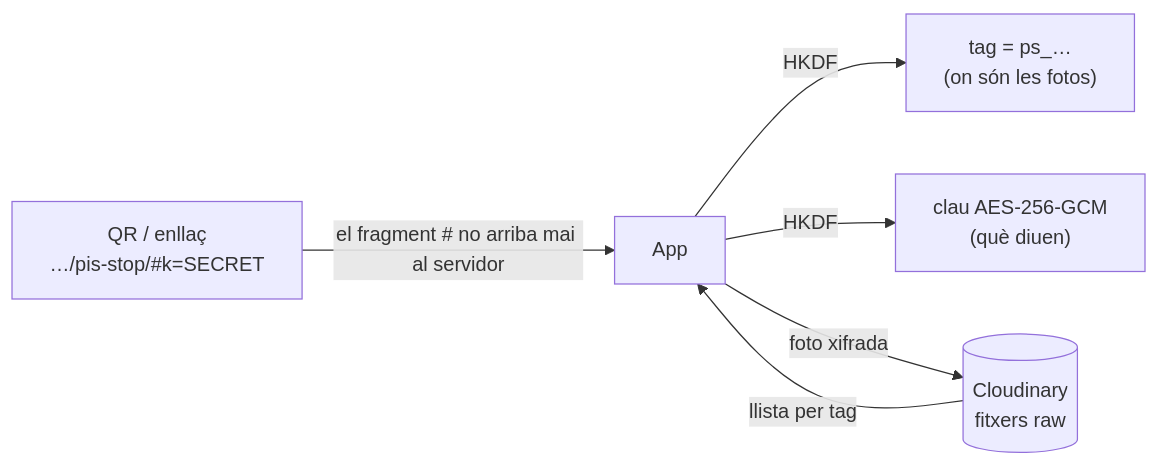
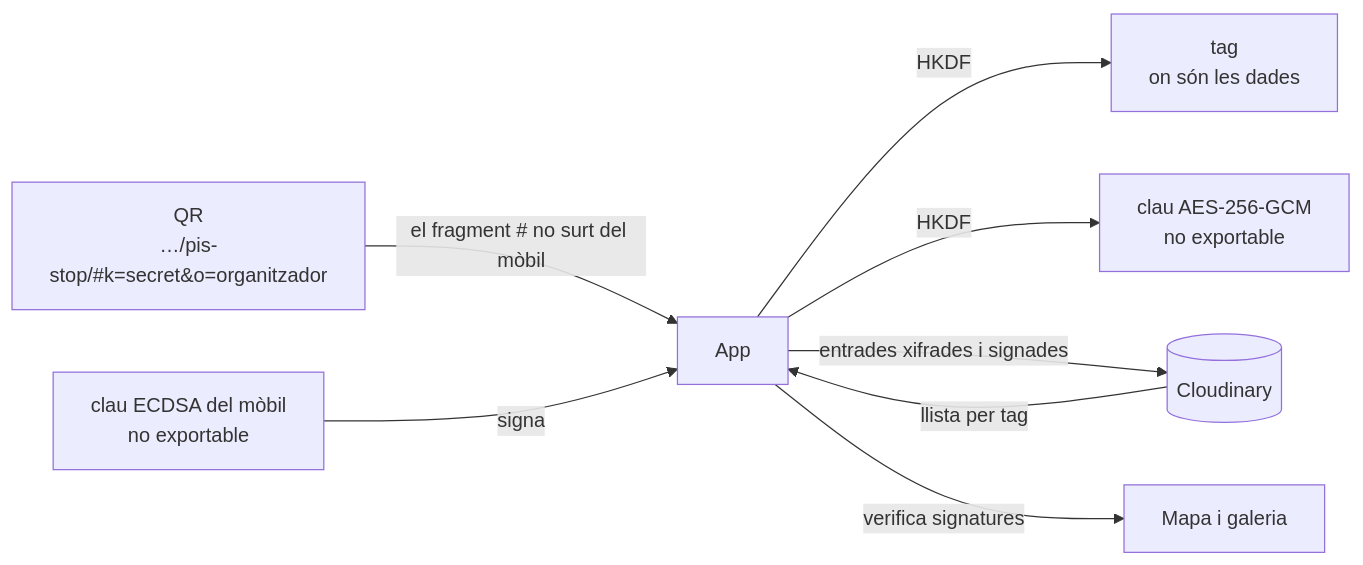
The diagram in README.md (MarcLlobet/pis-stop), drawn with Mermaid before and after one commit. The commit also changed other lines of this file and 130 other files, not shown here.

````diff
--- a/README.md
+++ b/README.md
@@ -19,8 +23,10 @@
 ```mermaid
 flowchart LR
-  QR["QR / enllaç<br/>…/pis-stop/#k=SECRET"] -->|el fragment # no arriba mai al servidor| App
-  App -->|HKDF| TAG["tag = ps_…<br/>(on són les fotos)"]
-  App -->|HKDF| AES["clau AES-256-GCM<br/>(què diuen)"]
-  App -- "foto xifrada" --> C[(Cloudinary<br/>fitxers raw)]
+  QR["QR<br/>…/pis-stop/#k=secret&o=organitzador"] -->|el fragment # no surt del mòbil| App
+  App -->|HKDF| TAG["tag<br/>on són les dades"]
+  App -->|HKDF| AES["clau AES-256-GCM<br/>no exportable"]
+  ID["clau ECDSA del mòbil<br/>no exportable"] -->|signa| App
+  App -- "entrades xifrades i signades" --> C[(Cloudinary)]
   C -- "llista per tag" --> App
+  App -->|verifica signatures| UI["Mapa i galeria"]
 ```
````
